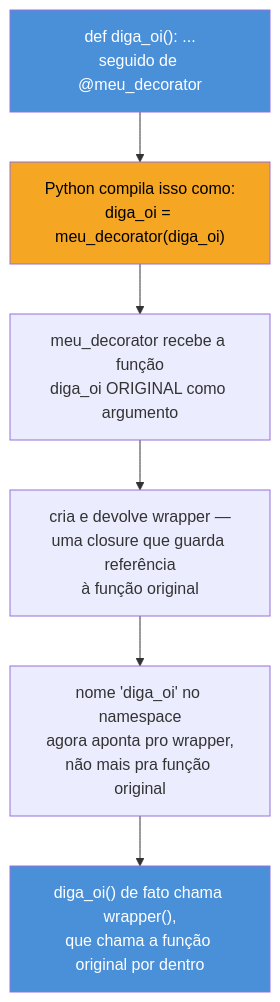
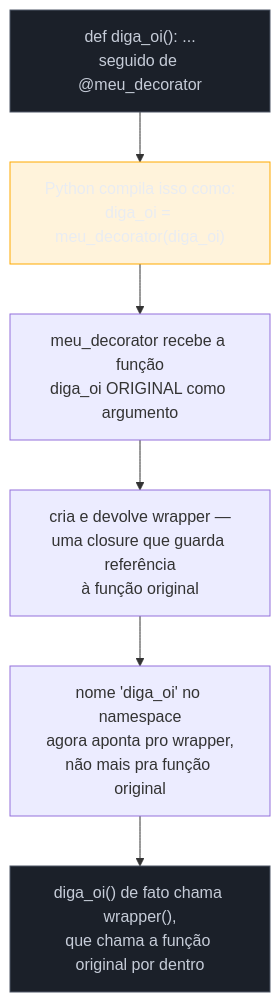
Before and after one commit to josenaldo/codex-technomanticus: the first of 2 diagrams in 03-Dominios/Tecnologia/Python/Funcional e idiomas avançados/05 - Decorators — fundamentos.md, drawn with Mermaid. The commit also changed 1181 other files, not shown here.

First line of the commit message:
fix(diagramas): paleta do sistema no lugar de cor cravada no markdown

````diff
--- a/03-Dominios/Tecnologia/Python/Funcional e idiomas avançados/05 - Decorators — fundamentos.md
+++ b/03-Dominios/Tecnologia/Python/Funcional e idiomas avançados/05 - Decorators — fundamentos.md
@@ -127,12 +127,14 @@
 ```mermaid
 flowchart TB
+    classDef neutro fill:#1B2029,stroke:#4E5666,color:#C6CCD8
+    classDef destaque fill:#FFAA0024,stroke:#FFAA00,color:#E9ECF2
     A["def diga_oi(): ...<br/>seguido de @meu_decorator"] --> B["Python compila isso como:<br/>diga_oi = meu_decorator(diga_oi)"]
     B --> C["meu_decorator recebe a função<br/>diga_oi ORIGINAL como argumento"]
     C --> D["cria e devolve wrapper —<br/>uma closure que guarda referência<br/>à função original"]
     D --> E["nome 'diga_oi' no namespace<br/>agora aponta pro wrapper,<br/>não mais pra função original"]
     E --> F["diga_oi() de fato chama wrapper(),<br/>que chama a função original por dentro"]
 
-    style A fill:#4A90D9,color:#fff
-    style B fill:#F5A623,color:#000
-    style F fill:#4A90D9,color:#fff
+    class A neutro
+    class B destaque
+    class F neutro
 ```
````
